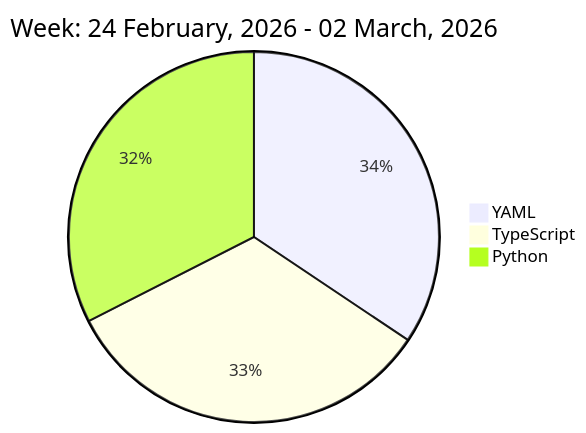
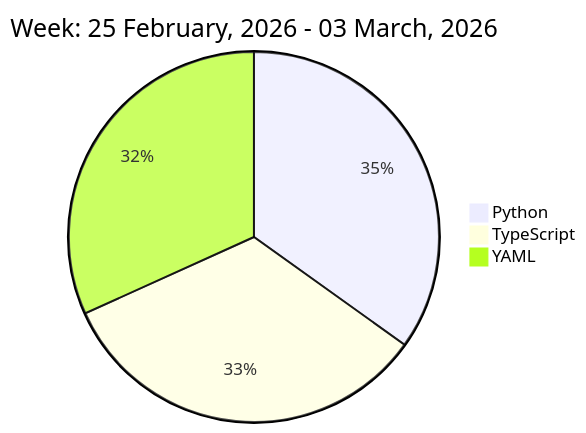
Before and after one commit to liubin95/liubin95: the diagram in README.md, drawn with Mermaid.

Commit message:
Updated the Graph with new Metrics

````diff
--- a/README.md
+++ b/README.md
@@ -37,7 +37,7 @@
 ```mermaid
  pie
-title Week: 24 February, 2026 - 02 March, 2026
- "YAML" : 4.9
- "TypeScript" : 4.72
- "Python" : 4.63
+title Week: 25 February, 2026 - 03 March, 2026
+ "Python" : 5.93
+ "TypeScript" : 5.67
+ "YAML" : 5.4
 ```
````
